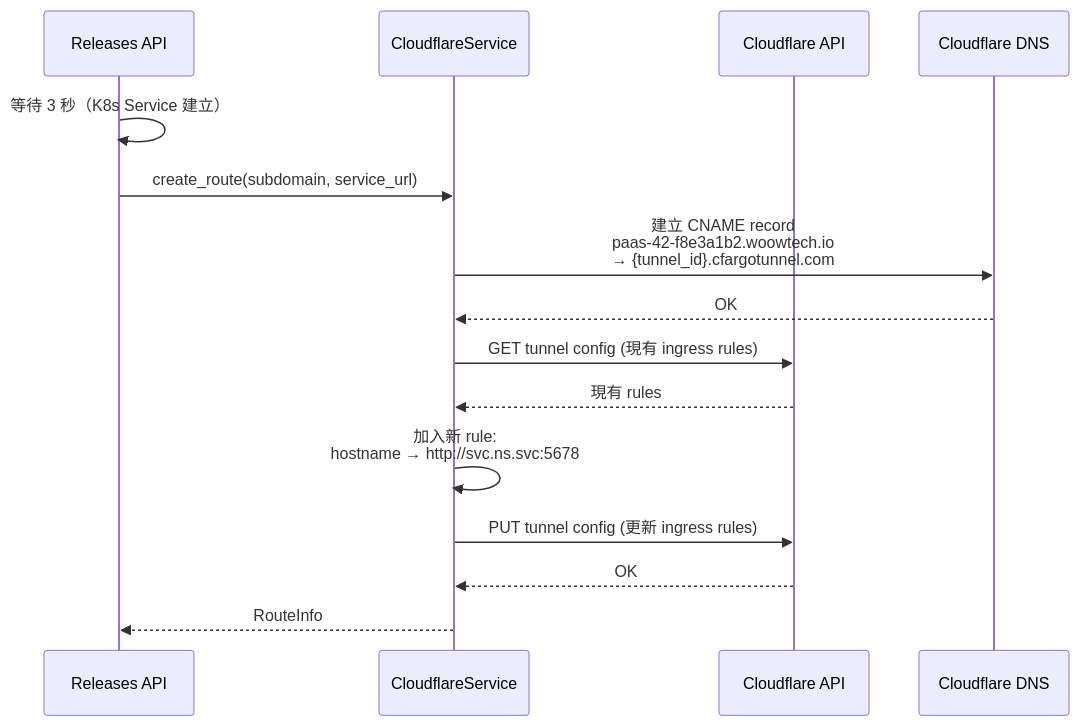
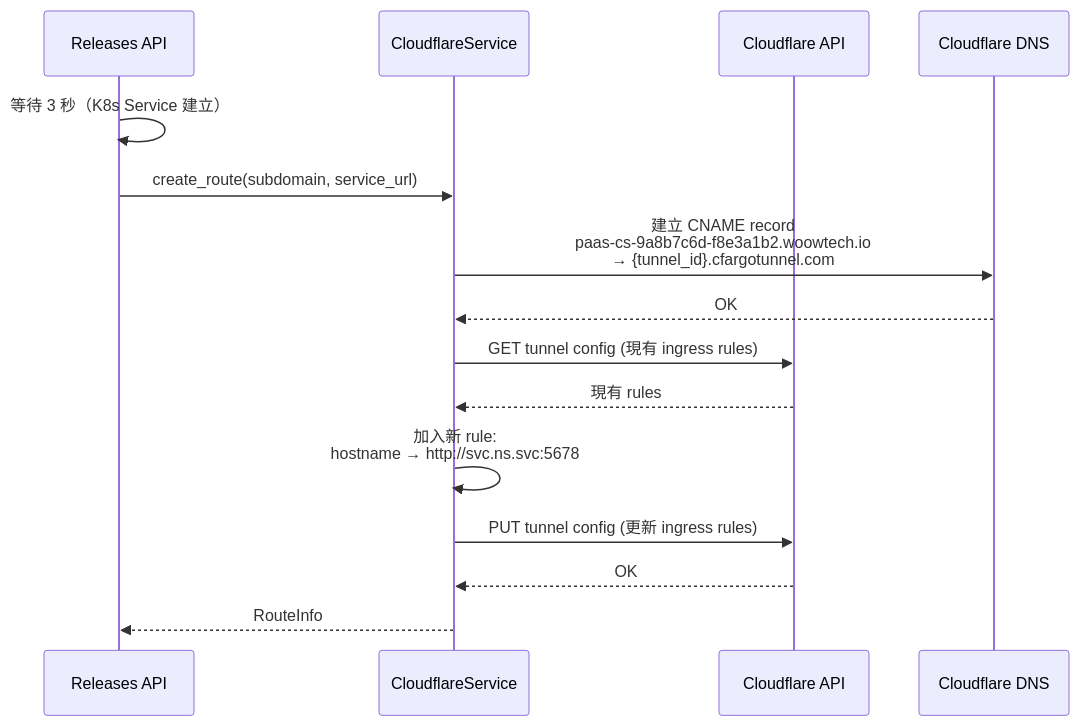
Before and after one commit to WOOWTECH/odoo-addon-woow-paas-platform: the fourth of 11 diagrams in docs/reference/architecture/n8n-cloud-service-lifecycle.md, drawn with Mermaid. The commit also changed other lines of this file and 15 other files, not shown here.

````diff
--- a/docs/reference/architecture/n8n-cloud-service-lifecycle.md
+++ b/docs/reference/architecture/n8n-cloud-service-lifecycle.md
@@ -406,18 +418,18 @@
 ```mermaid
 sequenceDiagram
     participant API as Releases API
     participant CF as CloudflareService
     participant CFAPI as Cloudflare API
     participant DNS as Cloudflare DNS
 
     API->>API: 等待 3 秒（K8s Service 建立）
     API->>CF: create_route(subdomain, service_url)
-    CF->>DNS: 建立 CNAME record<br/>paas-42-f8e3a1b2.woowtech.io<br/>→ {tunnel_id}.cfargotunnel.com
+    CF->>DNS: 建立 CNAME record<br/>paas-cs-9a8b7c6d-f8e3a1b2.woowtech.io<br/>→ {tunnel_id}.cfargotunnel.com
     DNS-->>CF: OK
     CF->>CFAPI: GET tunnel config (現有 ingress rules)
     CFAPI-->>CF: 現有 rules
     CF->>CF: 加入新 rule:<br/>hostname → http://svc.ns.svc:5678
     CF->>CFAPI: PUT tunnel config (更新 ingress rules)
     CFAPI-->>CF: OK
     CF-->>API: RouteInfo
 ```
````
